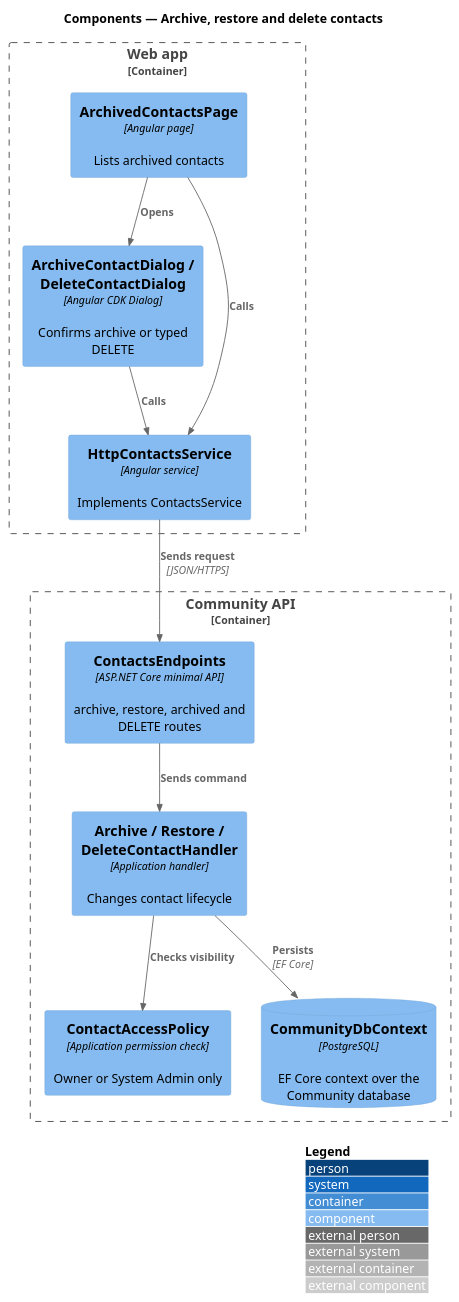
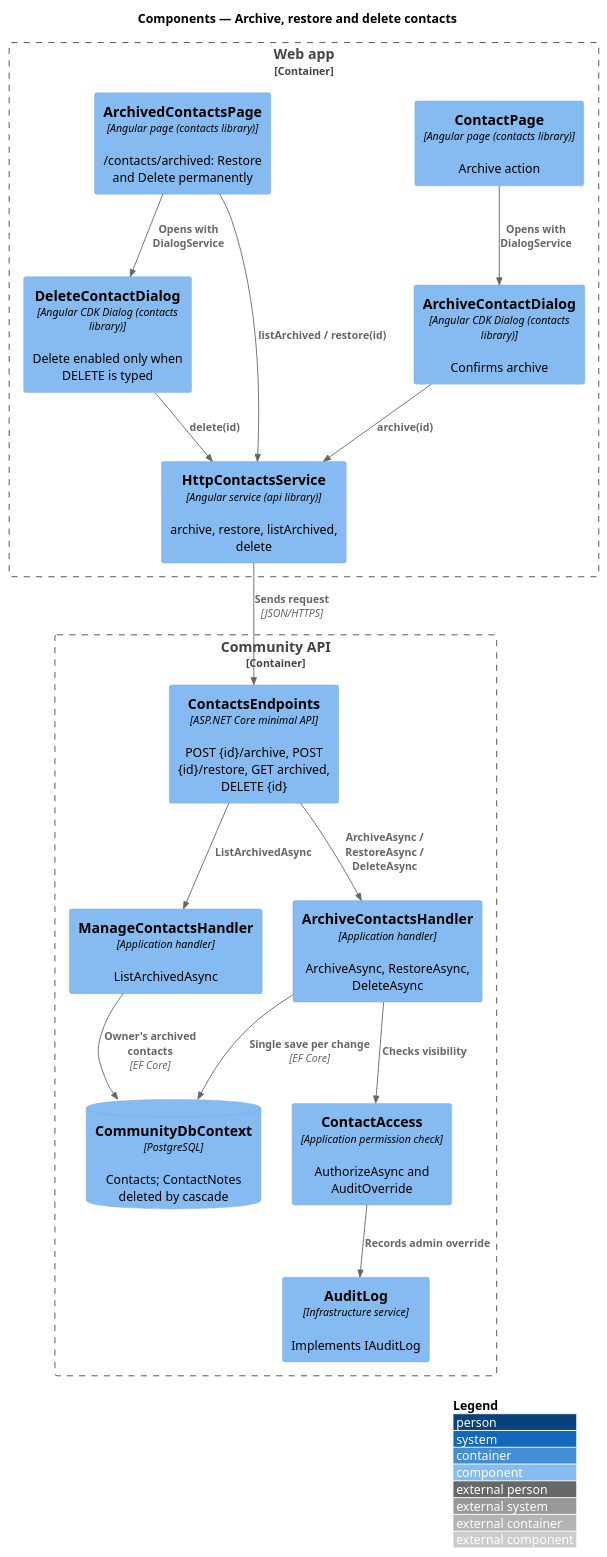
The diagram in docs/detailed-designs/contacts/archive-restore-delete-contacts/diagrams/c4-component.puml (QuinntyneBrown/faithtech-community), drawn with PlantUML before and after one commit. The commit also changed 79 other files, not shown here.

First line of the commit message:
Align the contacts and partners designs and diagrams with the built code

```diff
--- a/docs/detailed-designs/contacts/archive-restore-delete-contacts/diagrams/c4-component.puml
+++ b/docs/detailed-designs/contacts/archive-restore-delete-contacts/diagrams/c4-component.puml
@@ -1,23 +1,32 @@
 @startuml
 !include <C4/C4_Component>
 LAYOUT_WITH_LEGEND()
 title Components — Archive, restore and delete contacts
 Container_Boundary(web, "Web app") {
-  Component(arch, "ArchivedContactsPage", "Angular page", "Lists archived contacts")
-  Component(dlg, "ArchiveContactDialog / DeleteContactDialog", "Angular CDK Dialog", "Confirms archive or typed DELETE")
-  Component(svc, "HttpContactsService", "Angular service", "Implements ContactsService")
+  Component(page, "ContactPage", "Angular page (contacts library)", "Archive action")
+  Component(arch, "ArchivedContactsPage", "Angular page (contacts library)", "/contacts/archived: Restore and Delete permanently")
+  Component(adlg, "ArchiveContactDialog", "Angular CDK Dialog (contacts library)", "Confirms archive")
+  Component(ddlg, "DeleteContactDialog", "Angular CDK Dialog (contacts library)", "Delete enabled only when DELETE is typed")
+  Component(svc, "HttpContactsService", "Angular service (api library)", "archive, restore, listArchived, delete")
 }
 Container_Boundary(api, "Community API") {
-  Component(ep, "ContactsEndpoints", "ASP.NET Core minimal API", "archive, restore, archived and DELETE routes")
-  Component(h, "Archive / Restore / DeleteContactHandler", "Application handler", "Changes contact lifecycle")
-  Component(pol, "ContactAccessPolicy", "Application permission check", "Owner or System Admin only")
-  ComponentDb(db, "CommunityDbContext", "PostgreSQL", "EF Core context over the Community database")
+  Component(ep, "ContactsEndpoints", "ASP.NET Core minimal API", "POST {id}/archive, POST {id}/restore, GET archived, DELETE {id}")
+  Component(mh, "ManageContactsHandler", "Application handler", "ListArchivedAsync")
+  Component(h, "ArchiveContactsHandler", "Application handler", "ArchiveAsync, RestoreAsync, DeleteAsync")
+  Component(acc, "ContactAccess", "Application permission check", "AuthorizeAsync and AuditOverride")
+  Component(audit, "AuditLog", "Infrastructure service", "Implements IAuditLog")
+  ComponentDb(db, "CommunityDbContext", "PostgreSQL", "Contacts; ContactNotes deleted by cascade")
 }
-Rel(arch, dlg, "Opens")
-Rel(dlg, svc, "Calls")
-Rel(arch, svc, "Calls")
+Rel(page, adlg, "Opens with DialogService")
+Rel(arch, ddlg, "Opens with DialogService")
+Rel(adlg, svc, "archive(id)")
+Rel(ddlg, svc, "delete(id)")
+Rel(arch, svc, "listArchived / restore(id)")
 Rel(svc, ep, "Sends request", "JSON/HTTPS")
-Rel(ep, h, "Sends command")
-Rel(h, pol, "Checks visibility")
-Rel(h, db, "Persists", "EF Core")
+Rel(ep, mh, "ListArchivedAsync")
+Rel(ep, h, "ArchiveAsync / RestoreAsync / DeleteAsync")
+Rel(h, acc, "Checks visibility")
+Rel(acc, audit, "Records admin override")
+Rel(h, db, "Single save per change", "EF Core")
+Rel(mh, db, "Owner's archived contacts", "EF Core")
 @enduml
```
